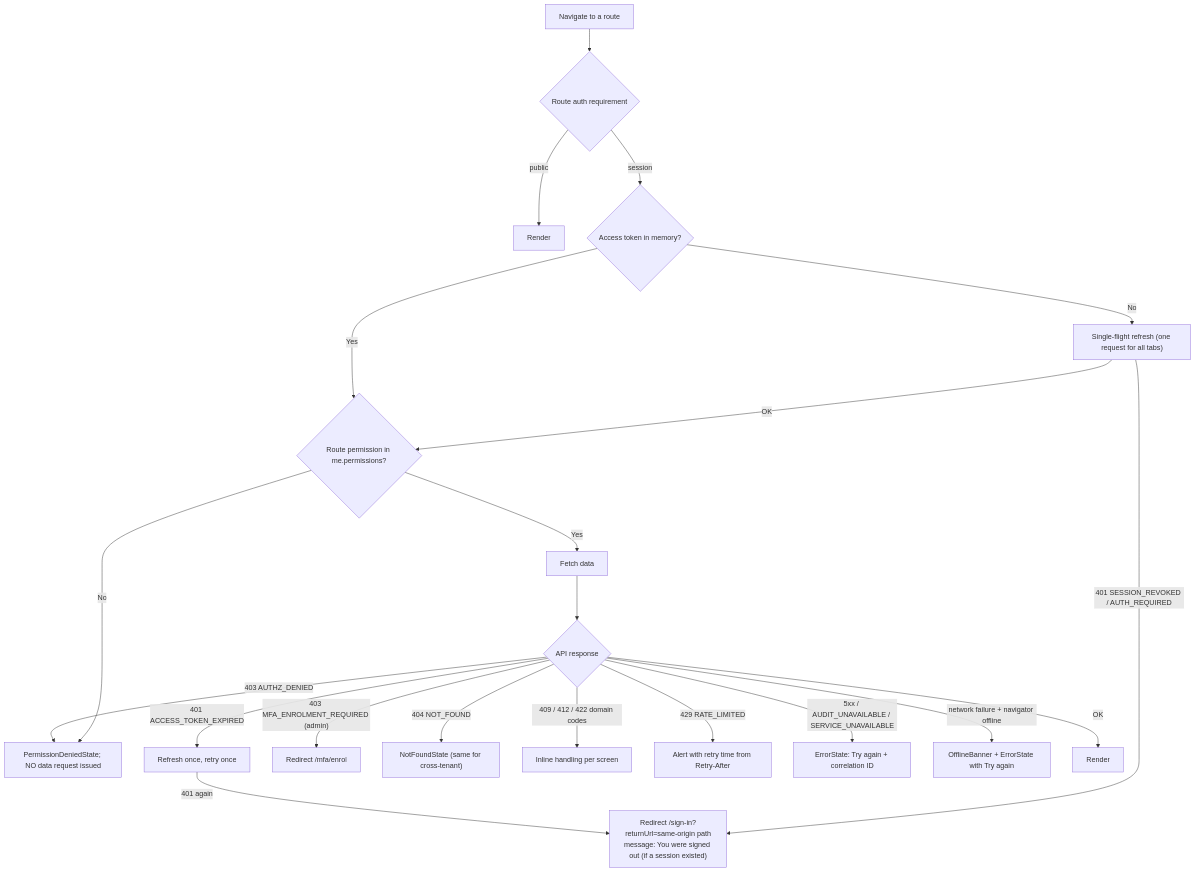
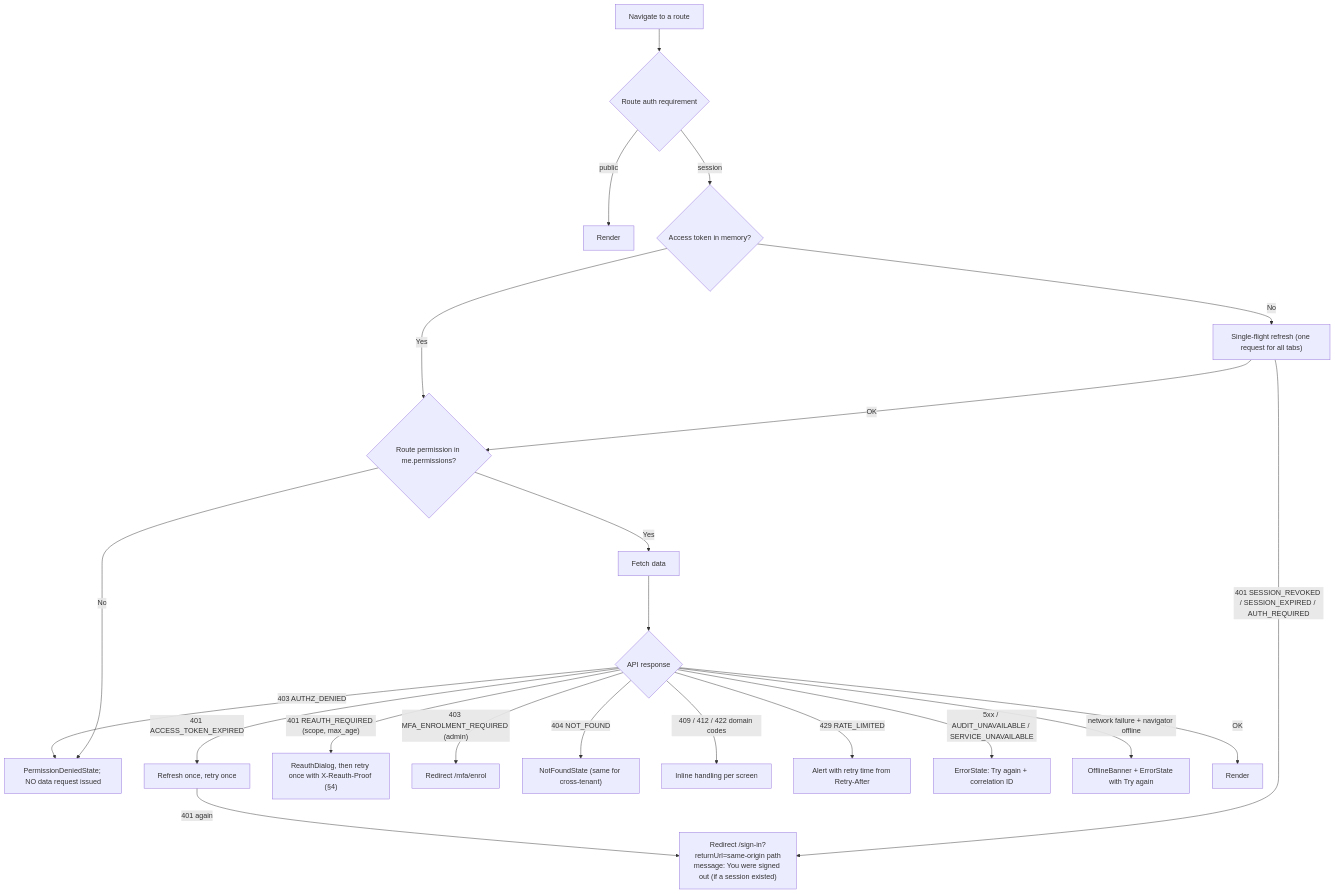
One commit to sukhchdit/shipcube changed the first of 3 diagrams in docs/02-ux/flows/F10-session-guards-and-errors.md. Above: the diagram before and after it, drawn with Mermaid. The commit also changed other lines of this file and 78 other files, not shown here.

````diff
--- a/docs/02-ux/flows/F10-session-guards-and-errors.md
+++ b/docs/02-ux/flows/F10-session-guards-and-errors.md
@@ -7,23 +7,24 @@
 ```mermaid
 flowchart TD
   R0["Navigate to a route"] --> R1{"Route auth requirement"}
   R1 -->|public| R2["Render"]
   R1 -->|session| R3{"Access token in memory?"}
   R3 -->|No| R4["Single-flight refresh (one request for all tabs)"]
   R4 -->|OK| R5
-  R4 -->|"401 SESSION_REVOKED / AUTH_REQUIRED"| R6["Redirect /sign-in?returnUrl=same-origin path<br/>message: You were signed out (if a session existed)"]
+  R4 -->|"401 SESSION_REVOKED / SESSION_EXPIRED / AUTH_REQUIRED"| R6["Redirect /sign-in?returnUrl=same-origin path<br/>message: You were signed out (if a session existed)"]
   R3 -->|Yes| R5{"Route permission in me.permissions?"}
   R5 -->|No| R7["PermissionDeniedState; NO data request issued"]
   R5 -->|Yes| R8["Fetch data"]
   R8 --> R9{"API response"}
   R9 -->|"401 ACCESS_TOKEN_EXPIRED"| R10["Refresh once, retry once"]
   R10 -->|"401 again"| R6
   R9 -->|"403 AUTHZ_DENIED"| R7
+  R9 -->|"401 REAUTH_REQUIRED (scope, max_age)"| R18["ReauthDialog, then retry once with X-Reauth-Proof (§4)"]
   R9 -->|"403 MFA_ENROLMENT_REQUIRED (admin)"| R11["Redirect /mfa/enrol"]
   R9 -->|"404 NOT_FOUND"| R12["NotFoundState (same for cross-tenant)"]
   R9 -->|"409 / 412 / 422 domain codes"| R13["Inline handling per screen"]
   R9 -->|"429 RATE_LIMITED"| R14["Alert with retry time from Retry-After"]
   R9 -->|"5xx / AUDIT_UNAVAILABLE / SERVICE_UNAVAILABLE"| R15["ErrorState: Try again + correlation ID"]
   R9 -->|"network failure + navigator offline"| R16["OfflineBanner + ErrorState with Try again"]
   R9 -->|OK| R17["Render"]
 ```
````
